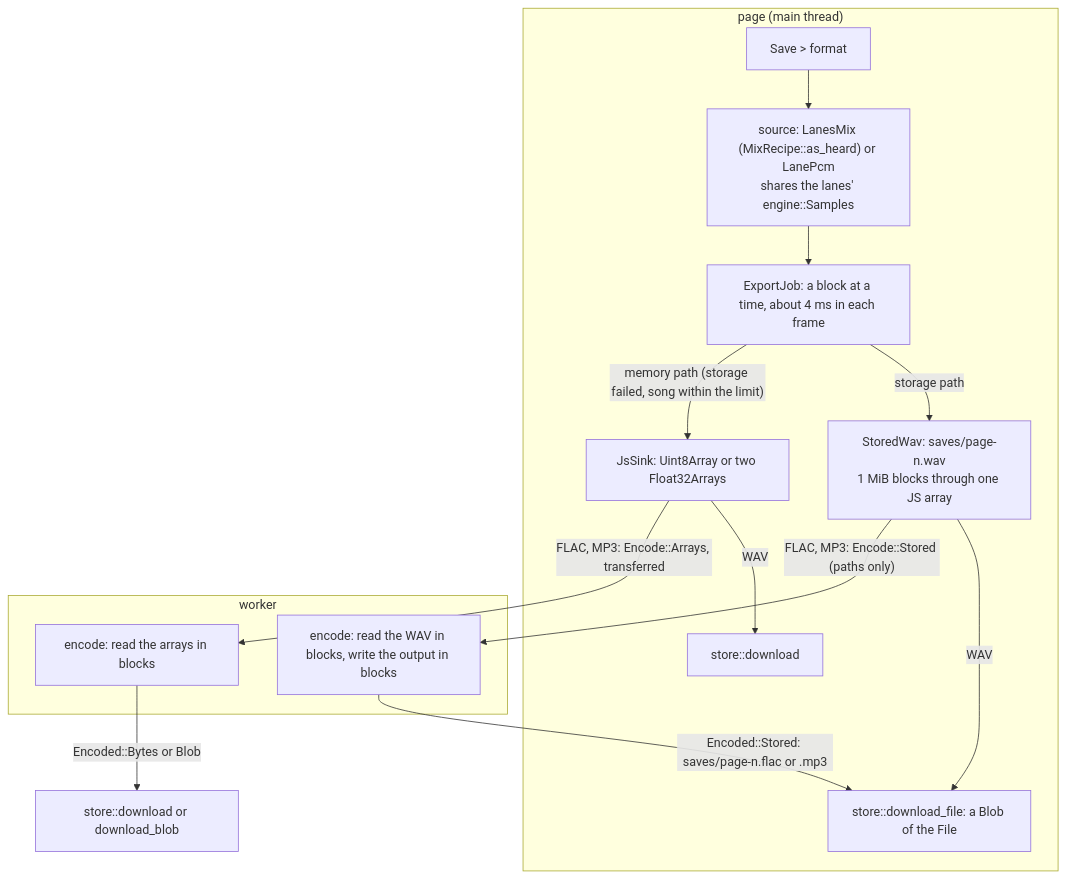
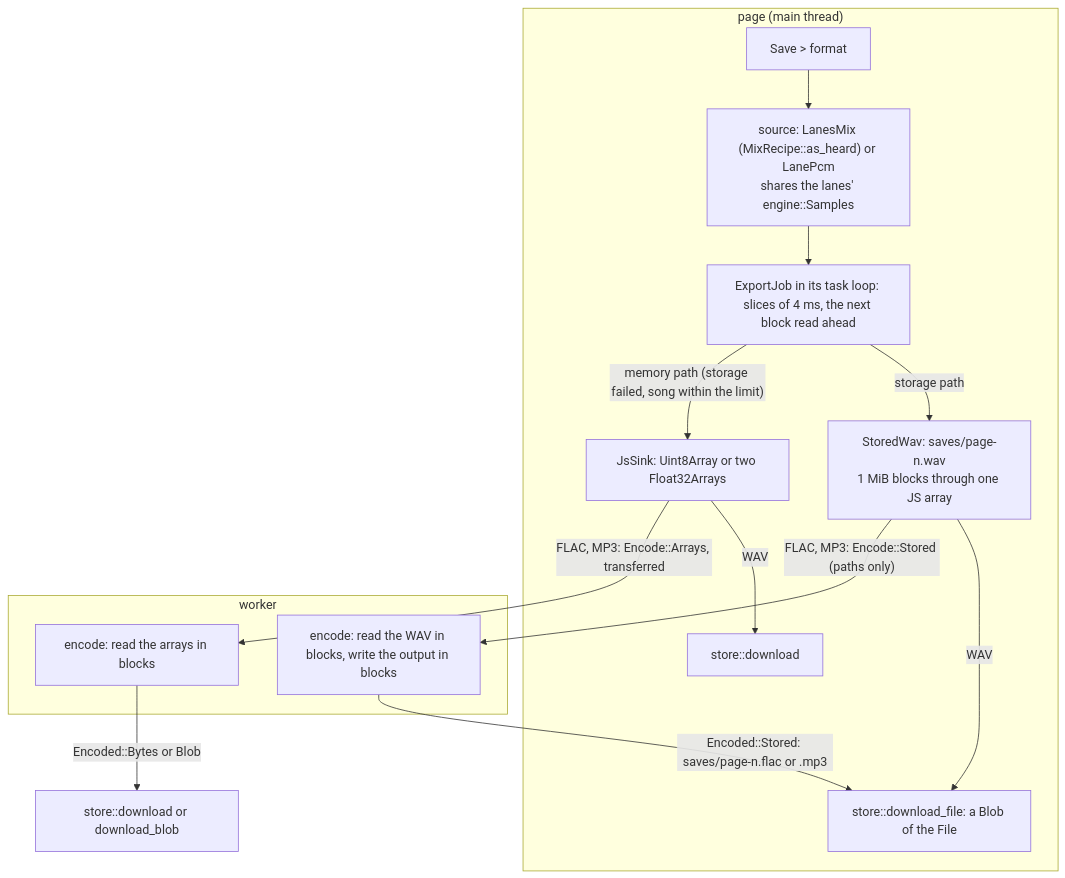
The fifth of 5 diagrams in docs/ARCHITECTURE.md (lloydmeta/stemyla), drawn with Mermaid before and after one commit. The commit also changed other lines of this file and 14 other files, not shown here.

````diff
--- a/docs/ARCHITECTURE.md
+++ b/docs/ARCHITECTURE.md
@@ -227,19 +229,19 @@
 ```mermaid
 flowchart TD
   subgraph page["page (main thread)"]
     CLICK["Save > format"] --> SRC["source: LanesMix (MixRecipe::as_heard) or LanePcm<br/>shares the lanes' engine::Samples"]
-    SRC --> JOB["ExportJob: a block at a time, about 4 ms in each frame"]
+    SRC --> JOB["ExportJob in its task loop: slices of 4 ms, the next block read ahead"]
     JOB -->|"storage path"| WAV["StoredWav: saves/page-n.wav<br/>1 MiB blocks through one JS array"]
     WAV -->|WAV| OFFER["store::download_file: a Blob of the File"]
     JOB -->|"memory path (storage failed, song within the limit)"| JS["JsSink: Uint8Array or two Float32Arrays"]
     JS -->|WAV| DL["store::download"]
   end
   subgraph worker["worker"]
     ENC["encode: read the WAV in blocks, write the output in blocks"]
     ENCM["encode: read the arrays in blocks"]
   end
   WAV -->|"FLAC, MP3: Encode::Stored (paths only)"| ENC
   ENC -->|"Encoded::Stored: saves/page-n.flac or .mp3"| OFFER
   JS -->|"FLAC, MP3: Encode::Arrays, transferred"| ENCM
   ENCM -->|"Encoded::Bytes or Blob"| DL2["store::download or download_blob"]
 ```
````
